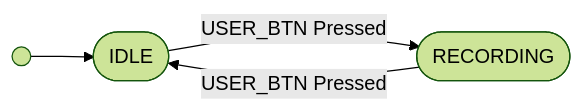
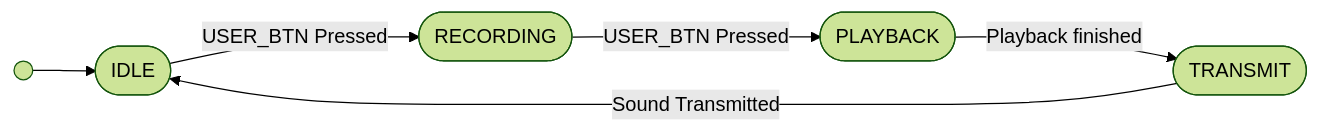
One commit to piwithy/stm32pdm changed the third of 7 diagrams in 03_Embedding/direct_output/readme.md. Above: the diagram before and after it, drawn with Mermaid (forest theme). The commit also changed other lines of this file and 20 other files, not shown here.

````diff
--- a/03_Embedding/direct_output/readme.md
+++ b/03_Embedding/direct_output/readme.md
@@ -11,12 +261,19 @@
 ```mermaid
-graph LR
+graph LR;
     INIT(( ));
     IDLE([IDLE]);
     RECORDING([RECORDING]);
+    PLAYBACK([PLAYBACK])
+    TRANSMIT([TRANSMIT])
+
     INIT --> IDLE;
 
     IDLE -->| USER_BTN Pressed | RECORDING;
 
-    RECORDING -->| USER_BTN Pressed | IDLE;
+    RECORDING -->| USER_BTN Pressed | PLAYBACK;
+
+    PLAYBACK --> | Playback finished | TRANSMIT
+
+    TRANSMIT -->| Sound Transmitted | IDLE;
 
 ```
````
